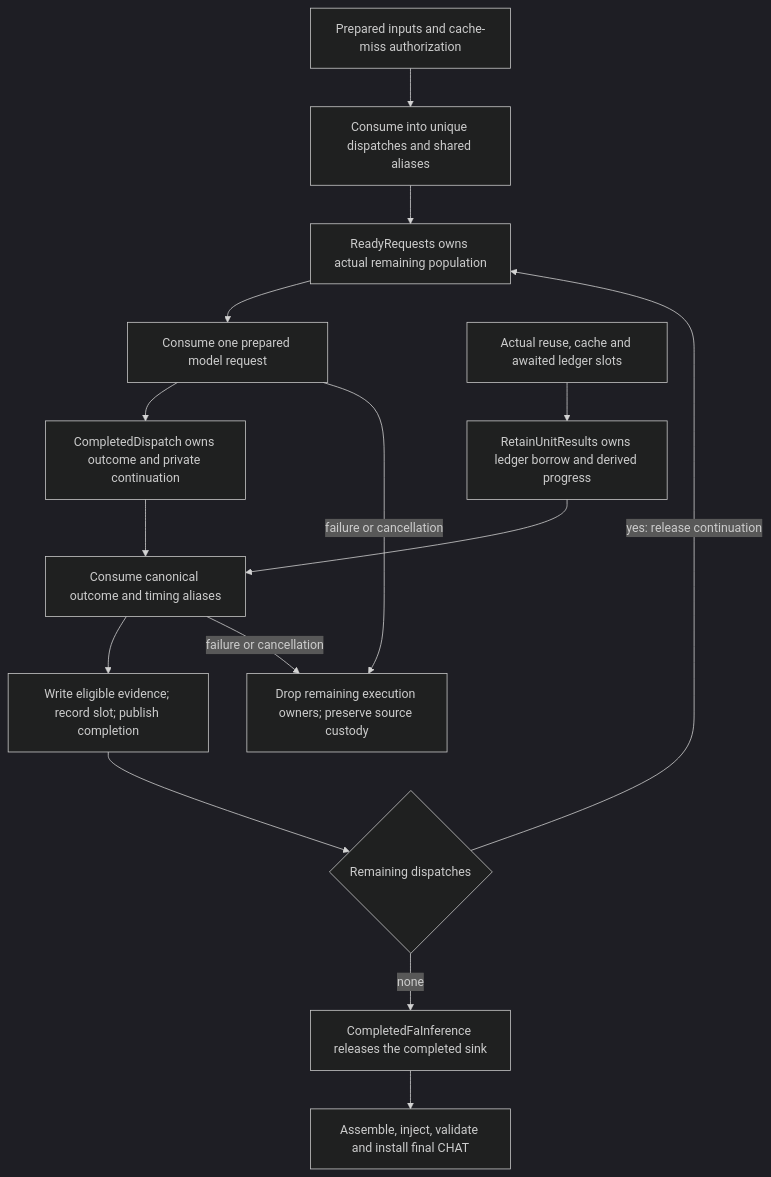
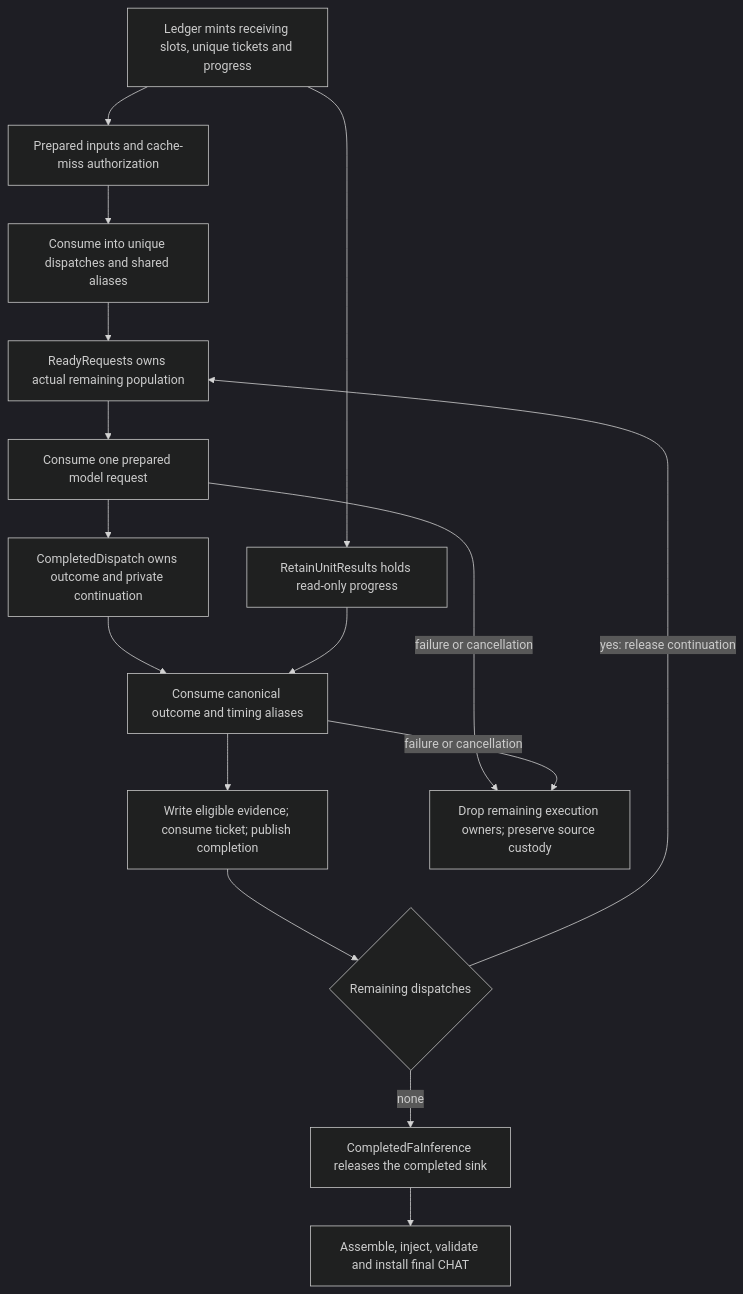
One commit to FranklinChen/talkbank-tools changed the first of 14 diagrams in book/src/batchalign/developer/adaptive-fa-admission.md. Above: the diagram before and after it, drawn with Mermaid (dark theme). The commit also changed other lines of this file and 175 other files, not shown here.

````diff
--- a/book/src/batchalign/developer/adaptive-fa-admission.md
+++ b/book/src/batchalign/developer/adaptive-fa-admission.md
@@ -49,17 +52,18 @@
 ```mermaid
 flowchart TD
     retained_inputs["Prepared inputs and cache-miss authorization"] --> bind_requests["Consume into unique dispatches and shared aliases"]
     bind_requests --> ready_requests["ReadyRequests owns actual remaining population"]
     ready_requests --> infer_request["Consume one prepared model request"]
     infer_request --> completed_dispatch["CompletedDispatch owns outcome and private continuation"]
-    resolved_ledger["Actual reuse, cache and awaited ledger slots"] --> result_sink["RetainUnitResults owns ledger borrow and derived progress"]
+    resolved_ledger["Ledger mints receiving slots, unique tickets and progress"] --> retained_inputs
+    resolved_ledger --> result_sink["RetainUnitResults holds read-only progress"]
     completed_dispatch --> retain_outcome["Consume canonical outcome and timing aliases"]
     result_sink --> retain_outcome
-    retain_outcome --> stored_result["Write eligible evidence; record slot; publish completion"]
+    retain_outcome --> stored_result["Write eligible evidence; consume ticket; publish completion"]
     stored_result --> continuation{"Remaining dispatches"}
     continuation -->|"yes: release continuation"| ready_requests
     continuation -->|"none"| inference_complete["CompletedFaInference releases the completed sink"]
     inference_complete --> assemble_units["Assemble, inject, validate and install final CHAT"]
     infer_request -->|"failure or cancellation"| abandoned_requests["Drop remaining execution owners; preserve source custody"]
     retain_outcome -->|"failure or cancellation"| abandoned_requests
 ```
````
